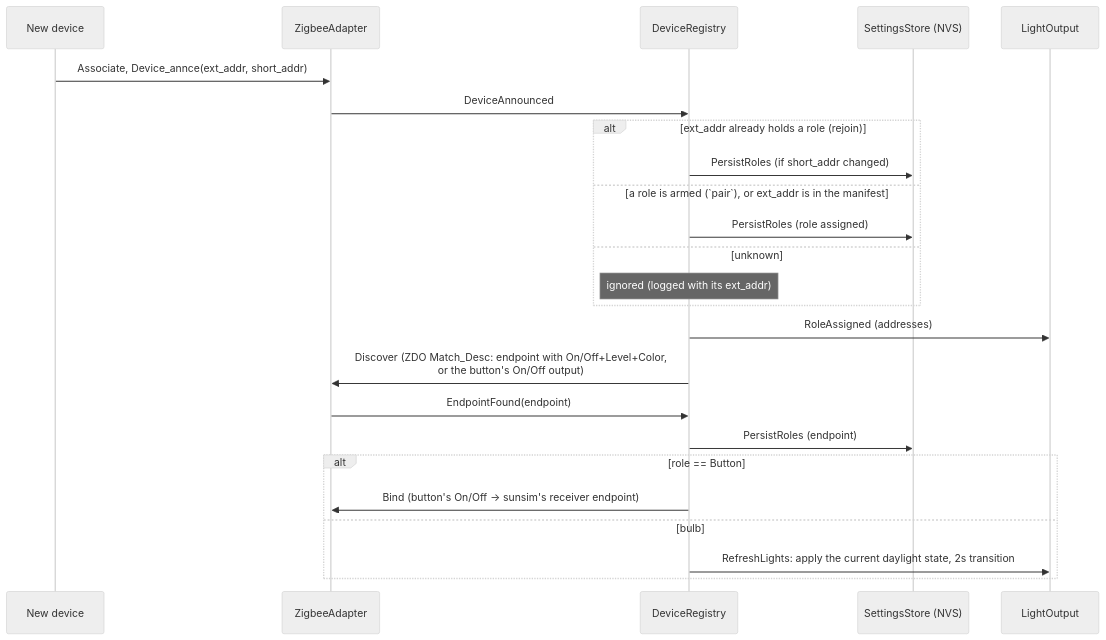
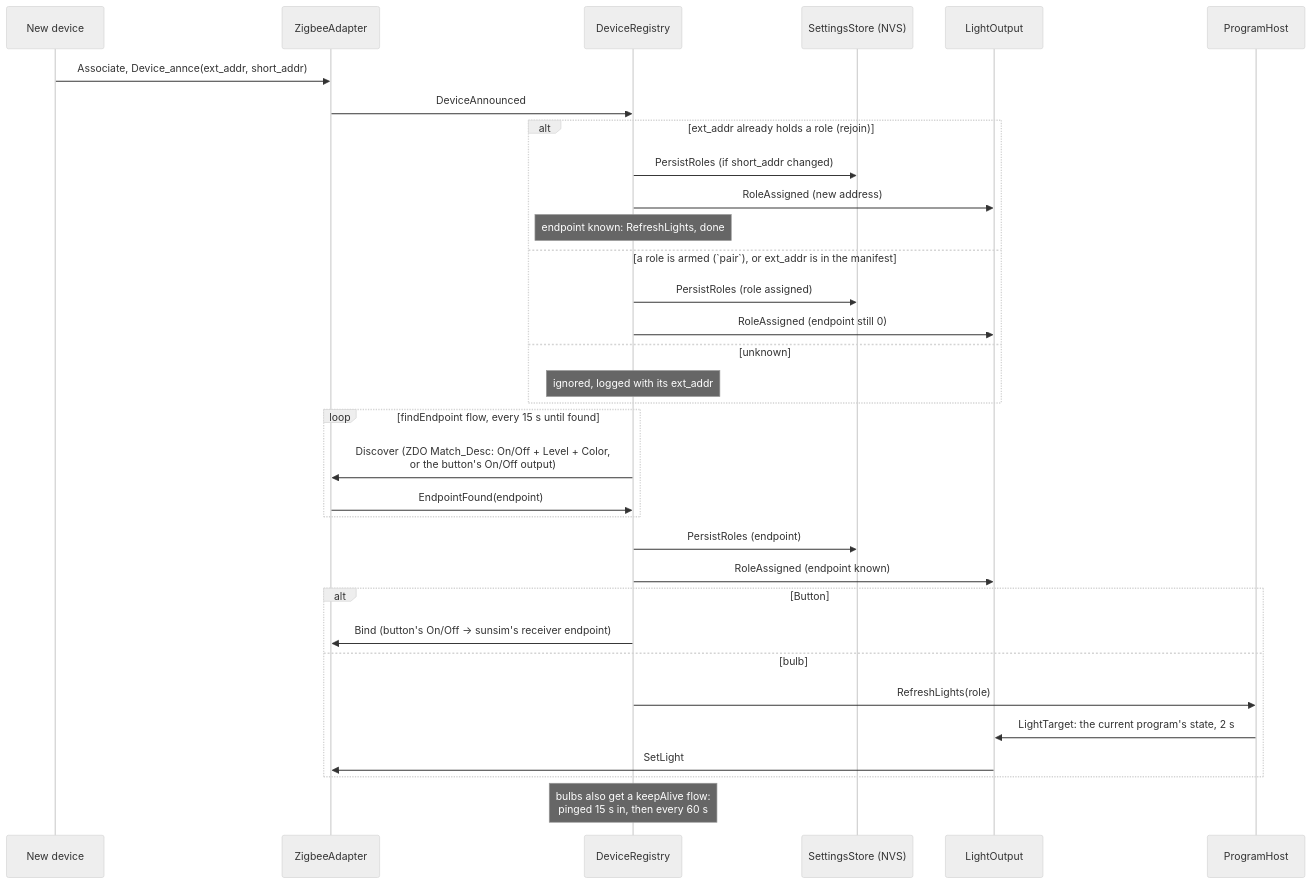
One commit to bjerre/sunsim changed the third of 5 diagrams in DESIGN.md. Above: the diagram before and after it, drawn with Mermaid (neutral theme). The commit also changed other lines of this file and 6 other files, not shown here.

First line of the commit message:
Docs: ARCHITECTURE.md as built, class diagrams, corrected diagrams

````diff
--- a/DESIGN.md
+++ b/DESIGN.md
@@ -73,30 +93,39 @@
 ```mermaid
 sequenceDiagram
     participant Dev as New device
     participant ZA as ZigbeeAdapter
     participant DR as DeviceRegistry
     participant SS as SettingsStore (NVS)
     participant LO as LightOutput
+    participant PH as ProgramHost
 
     Dev->>ZA: Associate, Device_annce(ext_addr, short_addr)
     ZA->>DR: DeviceAnnounced
 
     alt ext_addr already holds a role (rejoin)
         DR->>SS: PersistRoles (if short_addr changed)
+        DR->>LO: RoleAssigned (new address)
+        Note over DR: endpoint known: RefreshLights, done
     else a role is armed (`pair`), or ext_addr is in the manifest
         DR->>SS: PersistRoles (role assigned)
+        DR->>LO: RoleAssigned (endpoint still 0)
     else unknown
-        Note over DR: ignored (logged with its ext_addr)
+        Note over DR: ignored, logged with its ext_addr
     end
 
-    DR->>LO: RoleAssigned (addresses)
-    DR->>ZA: Discover (ZDO Match_Desc: endpoint with On/Off+Level+Color,<br/>or the button's On/Off output)
-    ZA->>DR: EndpointFound(endpoint)
+    loop findEndpoint flow, every 15 s until found
+        DR->>ZA: Discover (ZDO Match_Desc: On/Off + Level + Color,<br/>or the button's On/Off output)
+        ZA->>DR: EndpointFound(endpoint)
+    end
     DR->>SS: PersistRoles (endpoint)
+    DR->>LO: RoleAssigned (endpoint known)
 
-    alt role == Button
+    alt Button
         DR->>ZA: Bind (button's On/Off -> sunsim's receiver endpoint)
     else bulb
-        DR->>LO: RefreshLights: apply the current daylight state, 2s transition
+        DR->>PH: RefreshLights(role)
+        PH->>LO: LightTarget: the current program's state, 2 s
+        LO->>ZA: SetLight
     end
+    Note over DR: bulbs also get a keepAlive flow:<br/>pinged 15 s in, then every 60 s
 ```
````
